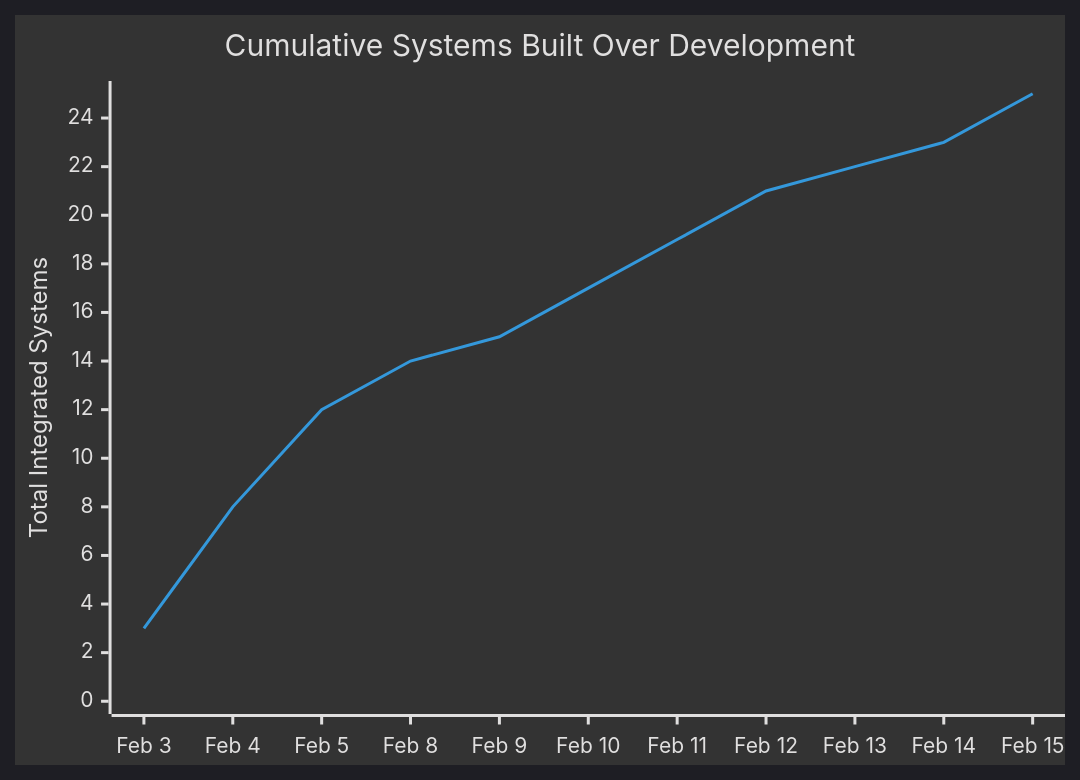
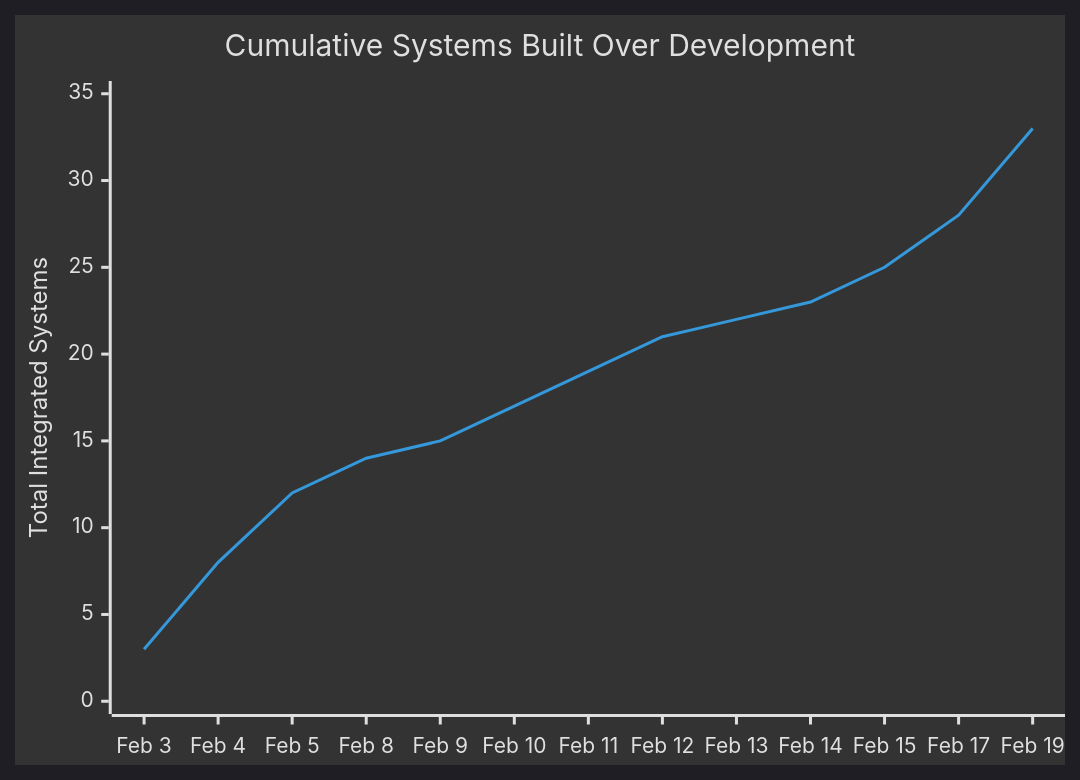
Before and after one commit to MartyChouette/iris_v3.0: the eighth of 30 diagrams in docs/IRIS_REPORT.md, drawn with Mermaid. The commit also changed other lines of this file and 1 other file, not shown here.

````diff
--- a/docs/IRIS_REPORT.md
+++ b/docs/IRIS_REPORT.md
@@ -388,8 +424,8 @@
 ```mermaid
 %%{init: {'theme': 'dark'}}%%
 xychart-beta
     title "Cumulative Systems Built Over Development"
-    x-axis ["Feb 3", "Feb 4", "Feb 5", "Feb 8", "Feb 9", "Feb 10", "Feb 11", "Feb 12", "Feb 13", "Feb 14", "Feb 15"]
-    y-axis "Total Integrated Systems" 0 --> 25
-    line [3, 8, 12, 14, 15, 17, 19, 21, 22, 23, 25]
+    x-axis ["Feb 3", "Feb 4", "Feb 5", "Feb 8", "Feb 9", "Feb 10", "Feb 11", "Feb 12", "Feb 13", "Feb 14", "Feb 15", "Feb 17", "Feb 19"]
+    y-axis "Total Integrated Systems" 0 --> 35
+    line [3, 8, 12, 14, 15, 17, 19, 21, 22, 23, 25, 28, 33]
 ```
````
